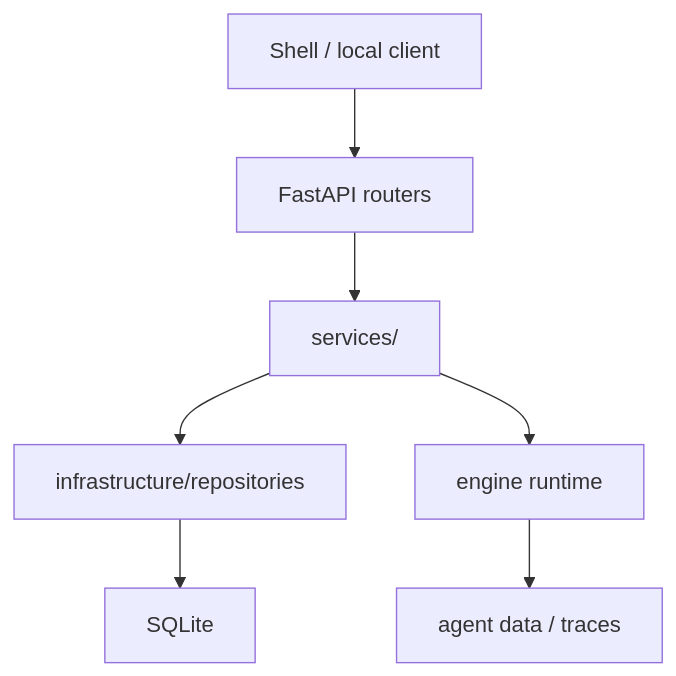
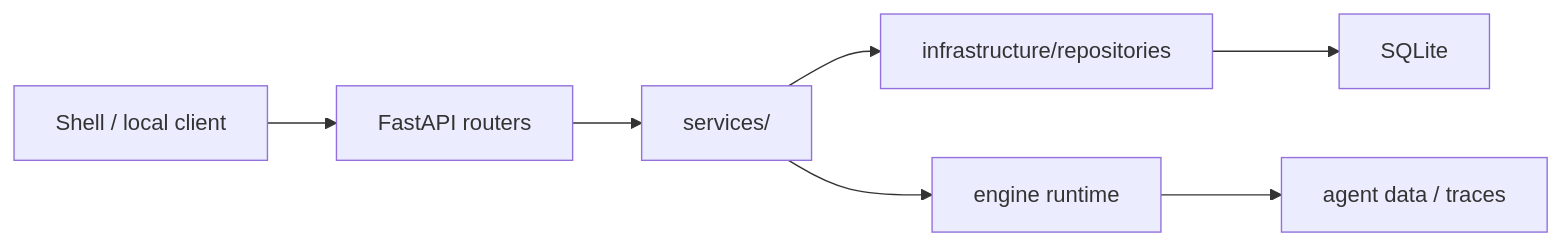
The diagram in docs/07-Server-平台后端.md (zyt2000123/openSmith), drawn with Mermaid before and after one commit. The commit also changed other lines of this file and 15 other files, not shown here.

````diff
--- a/docs/07-Server-平台后端.md
+++ b/docs/07-Server-平台后端.md
@@ -11,9 +15,9 @@
 ```mermaid
-flowchart TB
+graph LR
   Shell["Shell / local client"] --> API["FastAPI routers"]
   API --> Service["services/"]
   Service --> Repo["infrastructure/repositories"]
   Service --> Runtime["engine runtime"]
   Repo --> DB["SQLite"]
   Runtime --> State["agent data / traces"]
 ```
````
